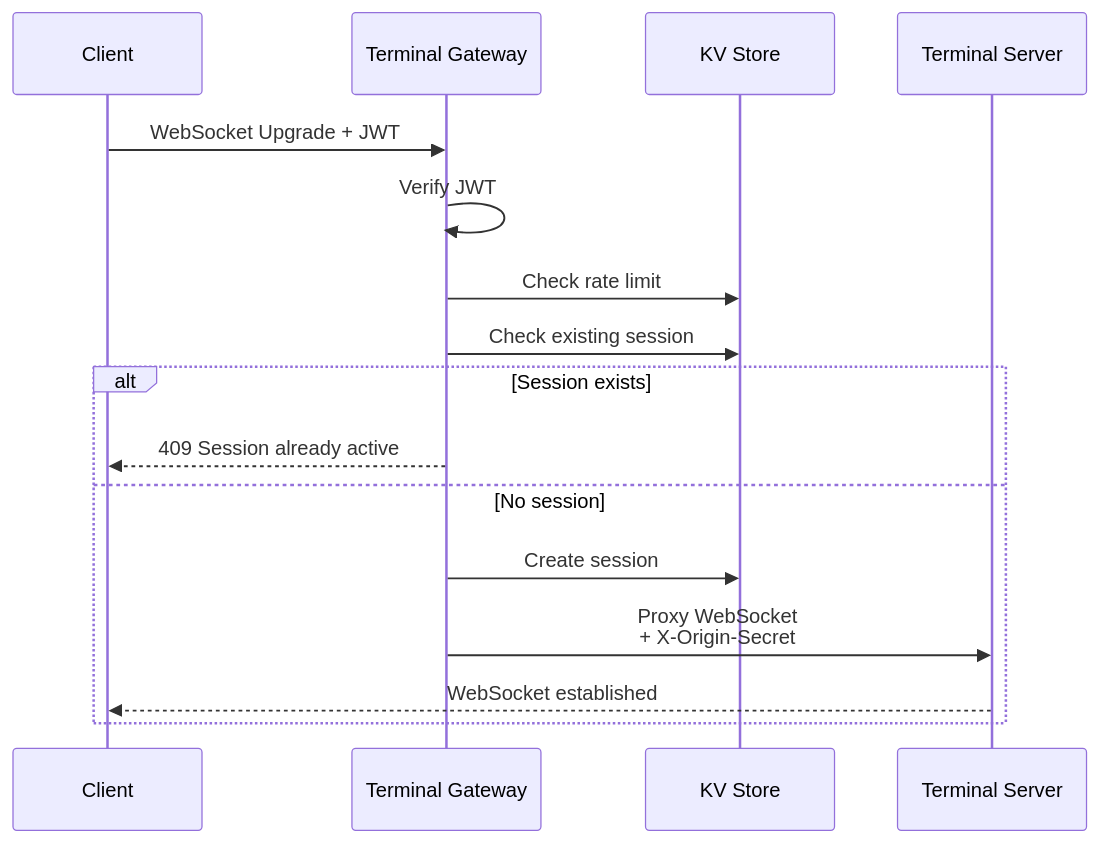
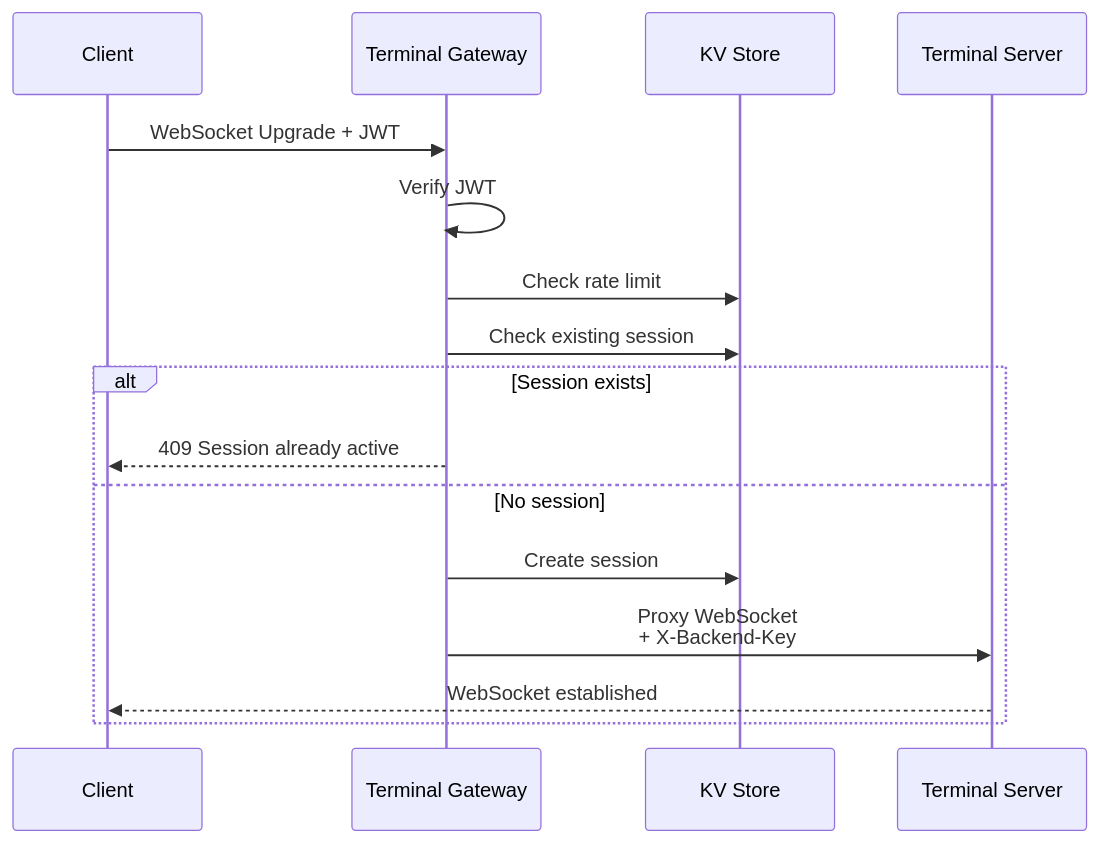
The third of 3 diagrams in workers/README.md (choisimo/blog), drawn with Mermaid before and after one commit. The commit also changed other lines of this file and 35 other files, not shown here.

````diff
--- a/workers/README.md
+++ b/workers/README.md
@@ -188,19 +188,19 @@
 ```mermaid
 sequenceDiagram
     participant C as Client
     participant GW as Terminal Gateway
     participant KV as KV Store
     participant TERM as Terminal Server
 
     C->>GW: WebSocket Upgrade + JWT
     GW->>GW: Verify JWT
     GW->>KV: Check rate limit
     GW->>KV: Check existing session
     alt Session exists
         GW-->>C: 409 Session already active
     else No session
         GW->>KV: Create session
-        GW->>TERM: Proxy WebSocket<br/>+ X-Origin-Secret
+        GW->>TERM: Proxy WebSocket<br/>+ X-Backend-Key
         TERM-->>C: WebSocket established
     end
 ```
````
